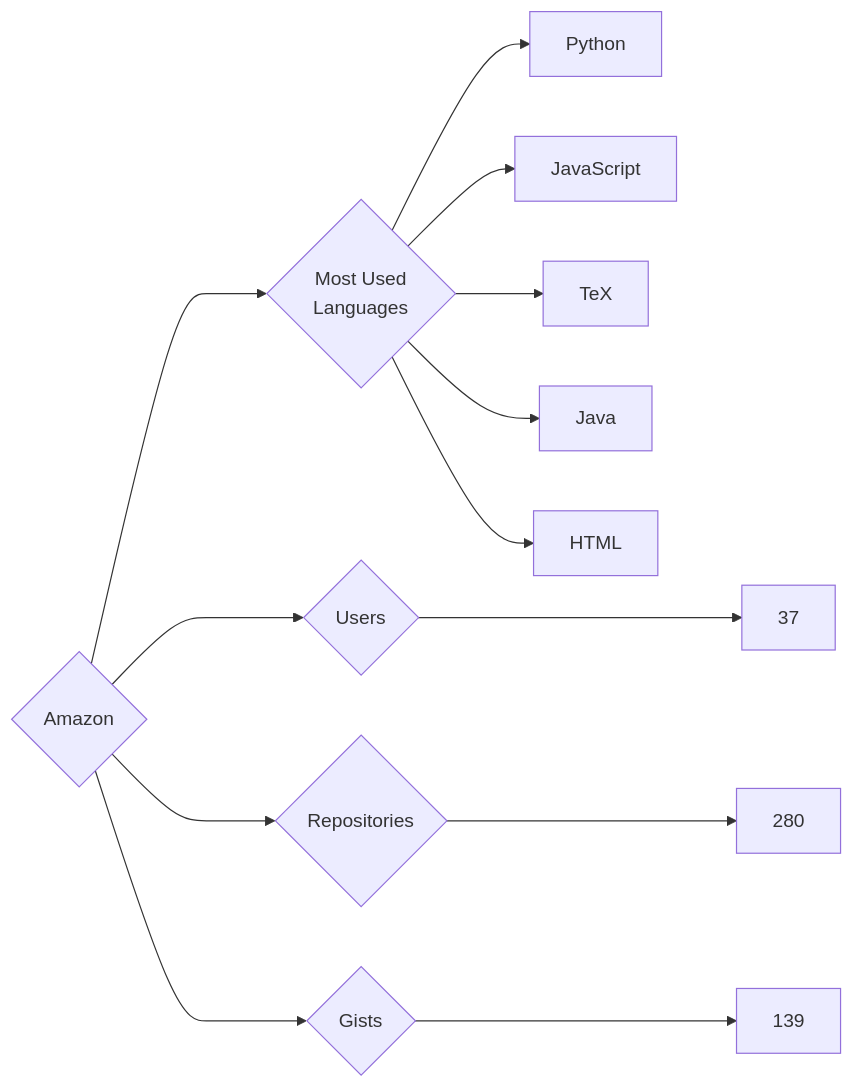
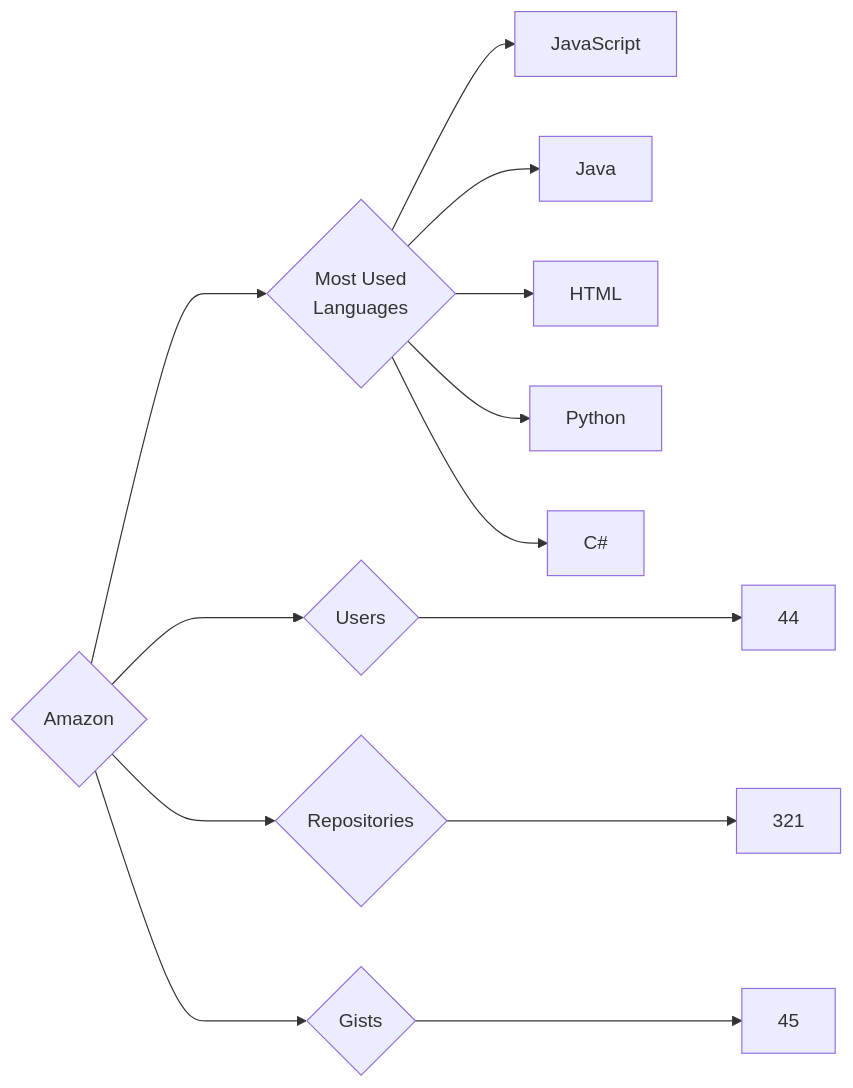
One commit to trickest/insiders changed the diagram in targets/Amazon/README.md. Above: the diagram before and after it, drawn with Mermaid. The commit also changed 826 other files, not shown here.

````diff
--- a/targets/Amazon/README.md
+++ b/targets/Amazon/README.md
@@ -3,13 +3,13 @@
 ```mermaid
 graph LR
 COMPANY_NAME{Amazon}
-COMPANY_NAME ---> U{Users} ---> UN[37]
-COMPANY_NAME ---> R{Repositories} ---> RN[280]
-COMPANY_NAME ---> G{Gists} ---> GN[139]
+COMPANY_NAME ---> U{Users} ---> UN[44]
+COMPANY_NAME ---> R{Repositories} ---> RN[321]
+COMPANY_NAME ---> G{Gists} ---> GN[45]
 COMPANY_NAME ---> ML{Most Used<br>Languages}
-ML --> Python[Python]
 ML --> JavaScript[JavaScript]
-ML --> TeX[TeX]
 ML --> Java[Java]
 ML --> HTML[HTML]
+ML --> Python[Python]
+ML --> C#[C#]
 ```
````
